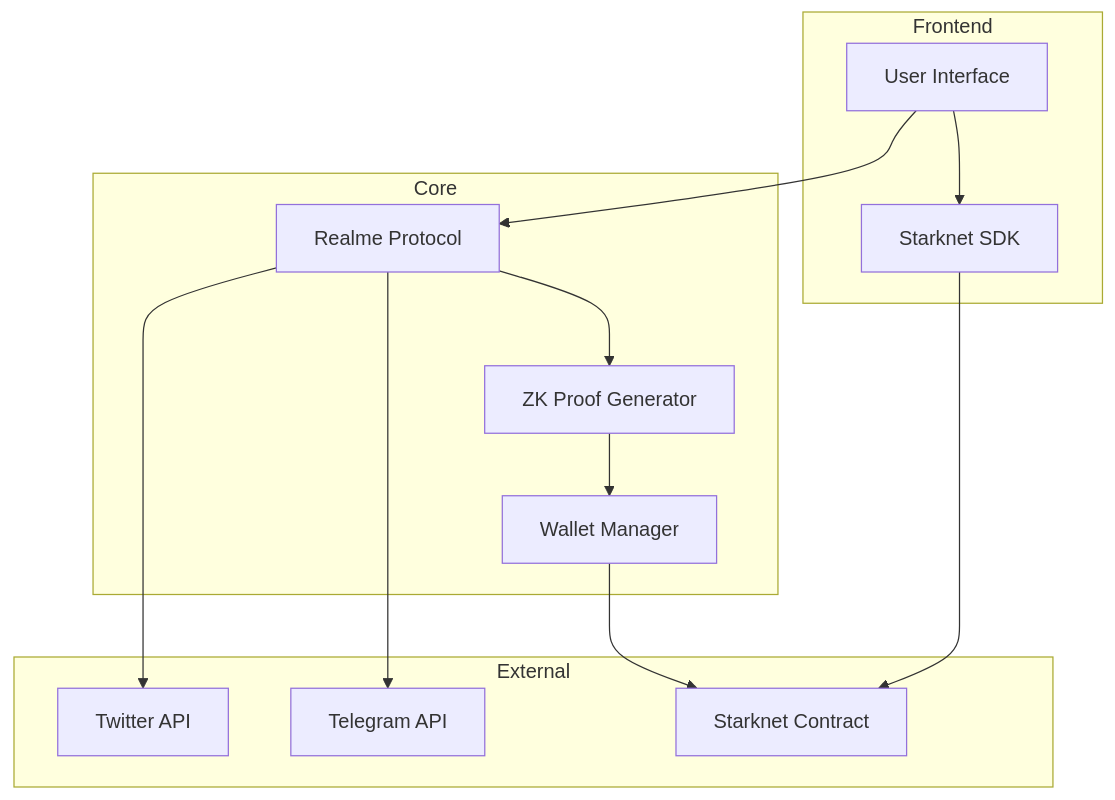
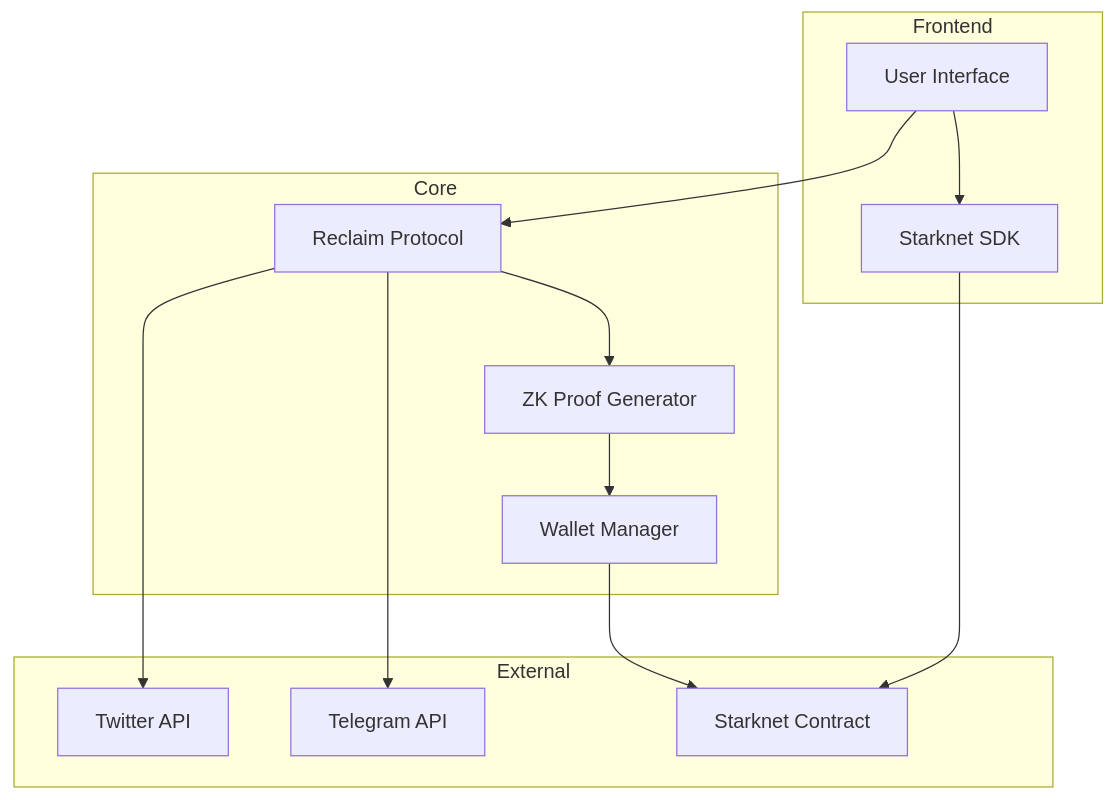
One commit to Gelois0/zksocials changed the second of 4 diagrams in README.md. Above: the diagram before and after it, drawn with Mermaid. The commit also changed other lines of this file, not shown here.

````diff
--- a/README.md
+++ b/README.md
@@ -25,28 +25,28 @@
 ```mermaid
 graph TB
     subgraph Frontend
         UI[User Interface]
         SDK[Starknet SDK]
     end
     
     subgraph Core
-        RP[Realme Protocol]
+        RP[Reclaim Protocol]
         ZK[ZK Proof Generator]
         WM[Wallet Manager]
     end
     
     subgraph External
         TW[Twitter API]
         TG[Telegram API]
         SC[Starknet Contract]
     end
     
     UI --> RP
     UI --> SDK
     RP --> ZK
     ZK --> WM
     WM --> SC
     RP --> TW
     RP --> TG
     SDK --> SC
 ```
````
